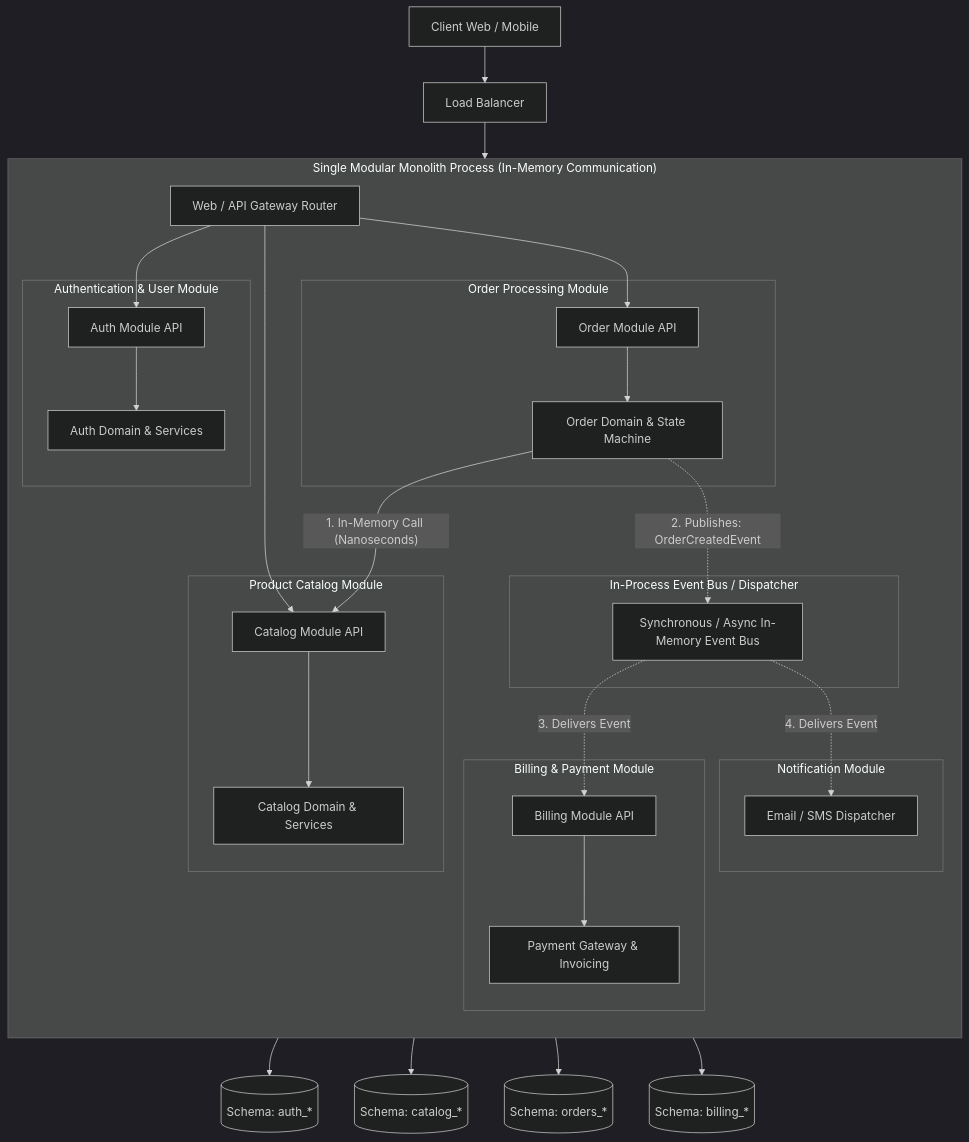
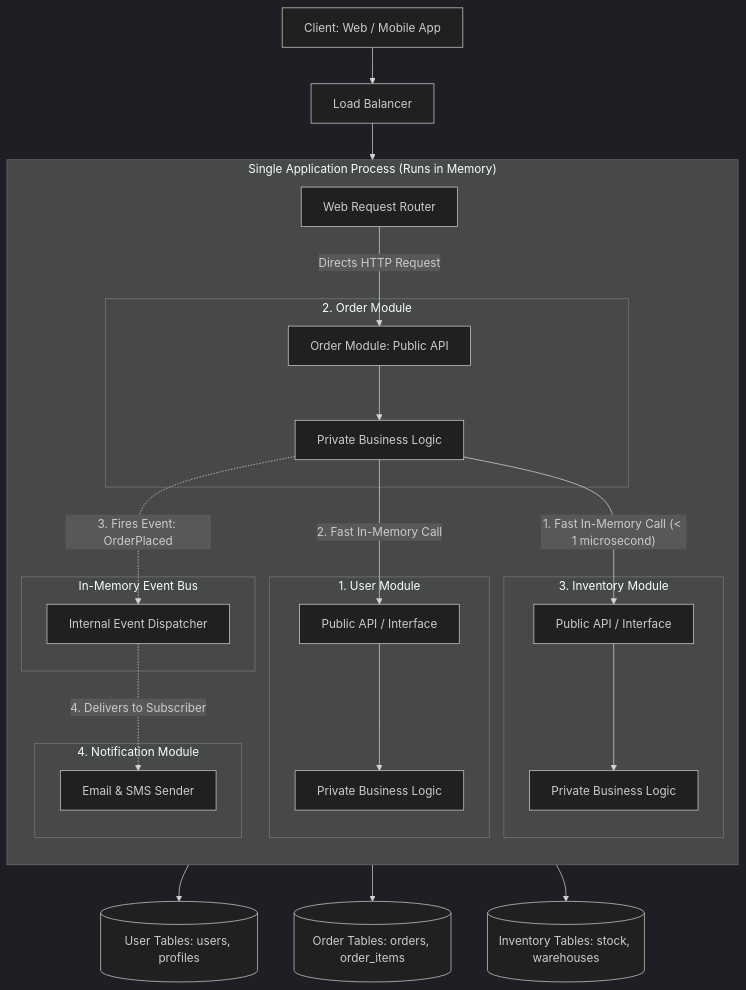
One commit to Sujalkathait/high-level-design changed the diagram in 02-architecture/modular-monolith.md. Above: the diagram before and after it, drawn with Mermaid (dark theme). The commit also changed other lines of this file, not shown here.

Commit message:
docs: simplify modular monolith guide and refine architecture diagram

````diff
--- a/02-architecture/modular-monolith.md
+++ b/02-architecture/modular-monolith.md
@@ -21,51 +26,48 @@
 ```mermaid
 flowchart TD
-    Client["Client Web / Mobile"] --> LB[Load Balancer]
-    LB --> Router["Web / API Gateway Router"]
+    Client["Client: Web / Mobile App"] --> LB["Load Balancer"]
+    LB --> Router["Web Request Router"]
 
-    subgraph SingleProcess ["Single Modular Monolith Process (In-Memory Communication)"]
+    subgraph AppProcess ["Single Application Process (Runs in Memory)"]
         direction TB
 
-        Router --> AuthAPI["Auth Module API"]
-        Router --> CatalogAPI["Catalog Module API"]
-        Router --> OrderAPI["Order Module API"]
+        Router -->|"Directs HTTP Request"| OrderAPI["Order Module: Public API"]
 
-        subgraph AuthMod ["Authentication & User Module"]
-            AuthAPI --> AuthInternal["Auth Domain & Services"]
+        subgraph UserModule ["1. User Module"]
+            UserAPI["Public API / Interface"]
+            UserLogic["Private Business Logic"]
+            UserAPI --> UserLogic
         end
 
-        subgraph CatalogMod ["Product Catalog Module"]
-            CatalogAPI --> CatalogInternal["Catalog Domain & Services"]
+        subgraph OrderModule ["2. Order Module"]
+            OrderAPI
+            OrderLogic["Private Business Logic"]
+            OrderAPI --> OrderLogic
         end
 
-        subgraph OrderMod ["Order Processing Module"]
-            OrderAPI --> OrderInternal["Order Domain & State Machine"]
+        subgraph InventoryModule ["3. Inventory Module"]
+            InventoryAPI["Public API / Interface"]
+            InventoryLogic["Private Business Logic"]
+            InventoryAPI --> InventoryLogic
         end
 
-        subgraph EventBusMod ["In-Process Event Bus / Dispatcher"]
-            EventBus["Synchronous / Async In-Memory Event Bus"]
+        subgraph EventBus ["In-Memory Event Bus"]
+            Bus["Internal Event Dispatcher"]
         end
 
-        subgraph BillingMod ["Billing & Payment Module"]
-            BillingAPI["Billing Module API"]
-            BillingInternal["Payment Gateway & Invoicing"]
-            BillingAPI --> BillingInternal
+        subgraph NotificationModule ["4. Notification Module"]
+            NotifyLogic["Email & SMS Sender"]
         end
 
-        subgraph NotificationMod ["Notification Module"]
-            NotificationInternal["Email / SMS Dispatcher"]
-        end
-
-        %% Inter-module communication via Public API or Events
-        OrderInternal -->|"1. In-Memory Call (Nanoseconds)"| CatalogAPI
-        OrderInternal -.->|"2. Publishes: OrderCreatedEvent"| EventBus
-        EventBus -.->|"3. Delivers Event"| BillingAPI
-        EventBus -.->|"4. Delivers Event"| NotificationInternal
+        %% Clean communication flows
+        OrderLogic -->|"1. Fast In-Memory Call (< 1 microsecond)"| InventoryAPI
+        OrderLogic -->|"2. Fast In-Memory Call"| UserAPI
+        OrderLogic -.->|"3. Fires Event: OrderPlaced"| Bus
+        Bus -.->|"4. Delivers to Subscriber"| NotifyLogic
     end
 
-    %% Database tier with isolated logical schemas
-    AuthInternal --> AuthSchema[("Schema: auth_*")]
-    CatalogInternal --> CatalogSchema[("Schema: catalog_*")]
-    OrderInternal --> OrderSchema[("Schema: orders_*")]
-    BillingInternal --> BillingSchema[("Schema: billing_*")]
+    %% Database isolation
+    UserLogic --> UserTables[("User Tables: users, profiles")]
+    OrderLogic --> OrderTables[("Order Tables: orders, order_items")]
+    InventoryLogic --> InventoryTables[("Inventory Tables: stock, warehouses")]
 ```
````
